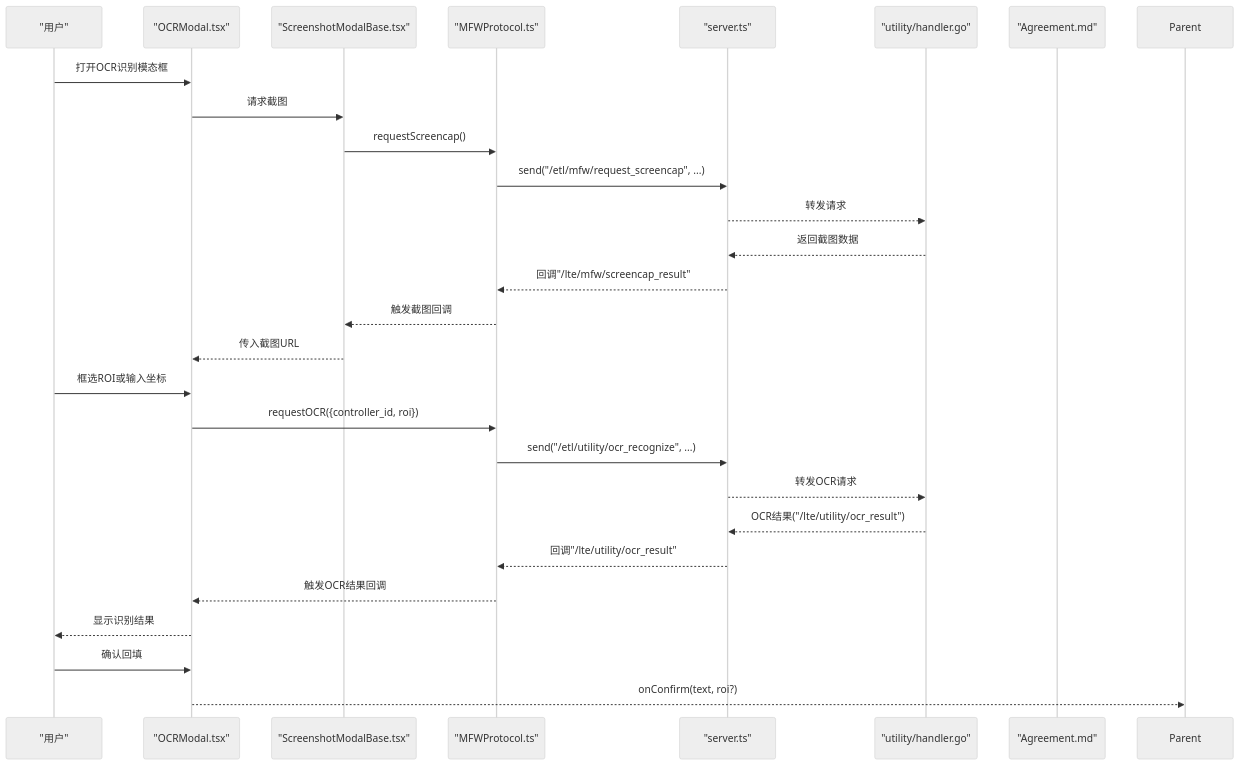
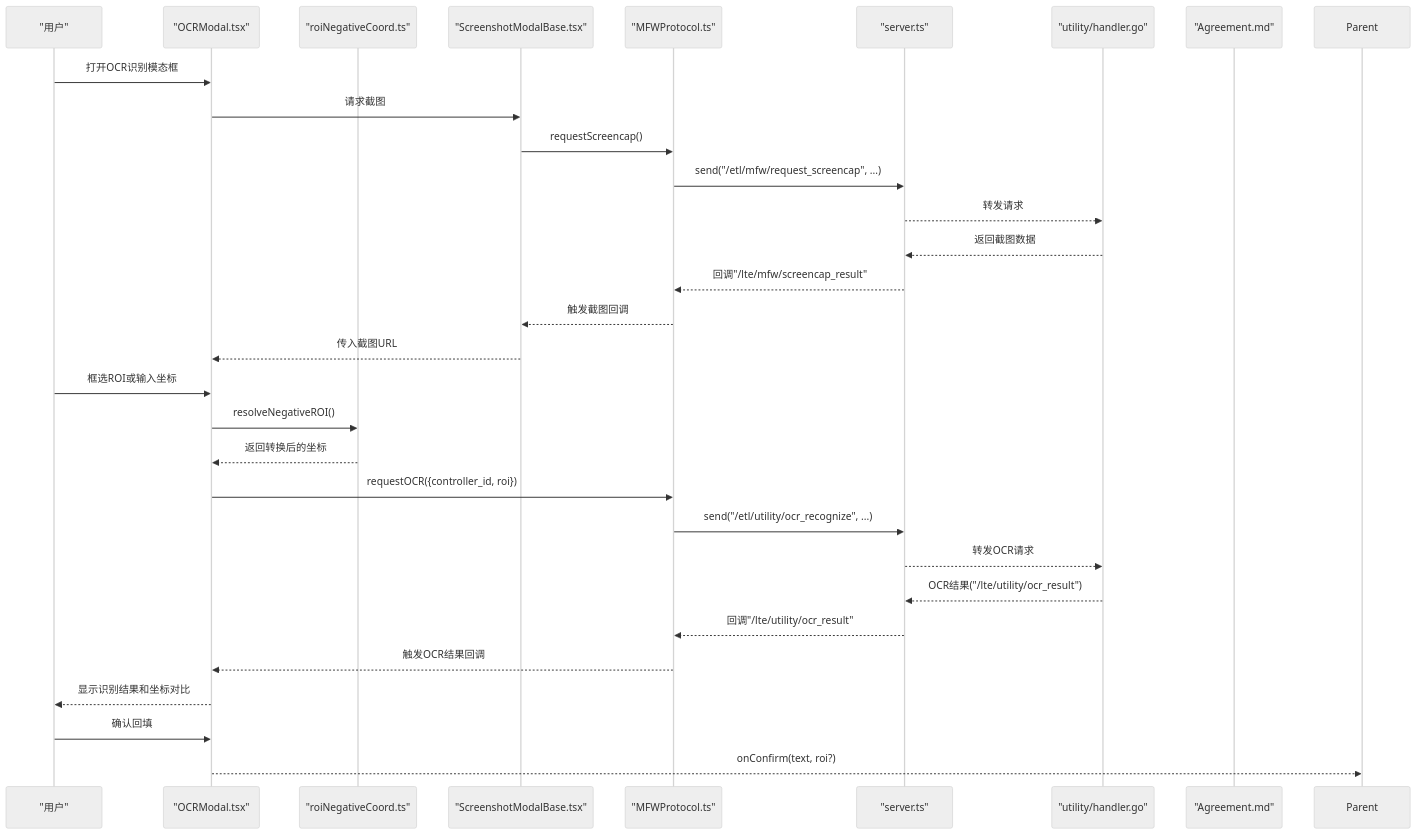
The second of 5 diagrams in .qoder/repowiki/zh/content/核心概念/OCR识别模态框.md (kqcoxn/MaaPipelineEditor), drawn with Mermaid (neutral theme) before and after one commit. The commit also changed other lines of this file and 9 other files, not shown here.

````diff
--- a/.qoder/repowiki/zh/content/核心概念/OCR识别模态框.md
+++ b/.qoder/repowiki/zh/content/核心概念/OCR识别模态框.md
@@ -115,29 +124,32 @@
 ```mermaid
 sequenceDiagram
 participant U as "用户"
 participant OCR as "OCRModal.tsx"
+participant Utils as "roiNegativeCoord.ts"
 participant Base as "ScreenshotModalBase.tsx"
 participant Proto as "MFWProtocol.ts"
 participant WS as "server.ts"
 participant UT as "utility/handler.go"
 participant BR as "Agreement.md"
 U->>OCR : 打开OCR识别模态框
 OCR->>Base : 请求截图
 Base->>Proto : requestScreencap()
 Proto->>WS : send("/etl/mfw/request_screencap", ...)
 WS-->>UT : 转发请求
 UT-->>WS : 返回截图数据
 WS-->>Proto : 回调"/lte/mfw/screencap_result"
 Proto-->>Base : 触发截图回调
 Base-->>OCR : 传入截图URL
 U->>OCR : 框选ROI或输入坐标
+OCR->>Utils : resolveNegativeROI()
+Utils-->>OCR : 返回转换后的坐标
 OCR->>Proto : requestOCR({controller_id, roi})
 Proto->>WS : send("/etl/utility/ocr_recognize", ...)
 WS-->>UT : 转发OCR请求
 UT-->>WS : OCR结果("/lte/utility/ocr_result")
 WS-->>Proto : 回调"/lte/utility/ocr_result"
 Proto-->>OCR : 触发OCR结果回调
-OCR-->>U : 显示识别结果
+OCR-->>U : 显示识别结果和坐标对比
 U->>OCR : 确认回填
 OCR-->>Parent : onConfirm(text, roi?)
 ```
````
